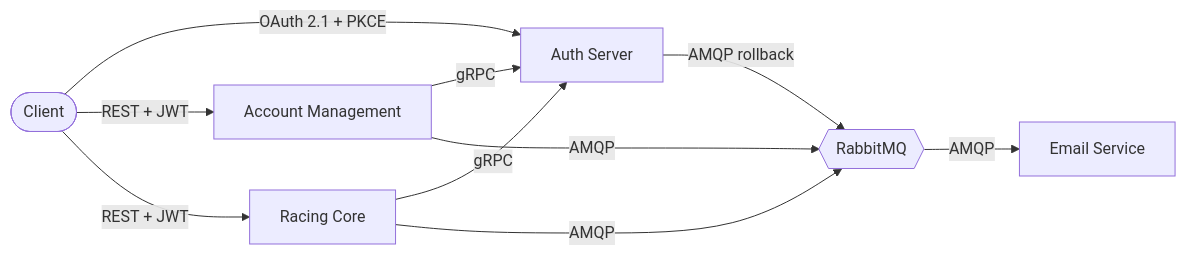
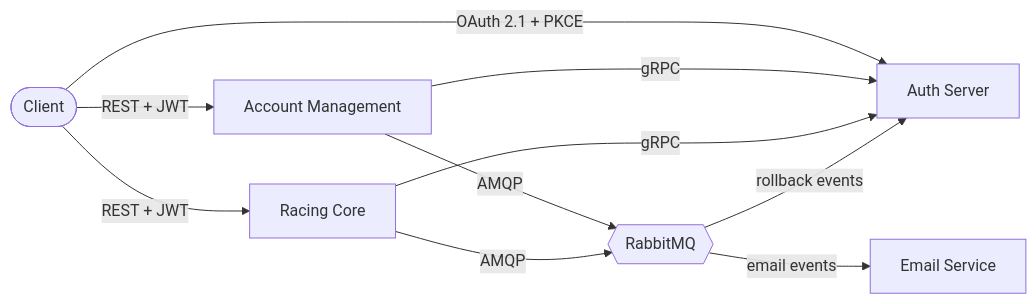
Before and after one commit to mobility-systems/.github: the diagram in profile/README.md, drawn with Mermaid. The commit also changed other lines of this file, not shown here.

````diff
--- a/profile/README.md
+++ b/profile/README.md
@@ -7,12 +10,12 @@
 ```mermaid
 flowchart LR
     Client([Client]) -->|OAuth 2.1 + PKCE| Auth
     Client -->|REST + JWT| AM[Account Management]
     Client -->|REST + JWT| RC[Racing Core]
     AM -->|gRPC| Auth[Auth Server]
     RC -->|gRPC| Auth
     AM -->|AMQP| MQ{{RabbitMQ}}
     RC -->|AMQP| MQ
-    Auth -->|AMQP rollback| MQ
-    MQ -->|AMQP| Email[Email Service]
+    MQ -->|rollback events| Auth
+    MQ -->|email events| Email[Email Service]
 ```
````
